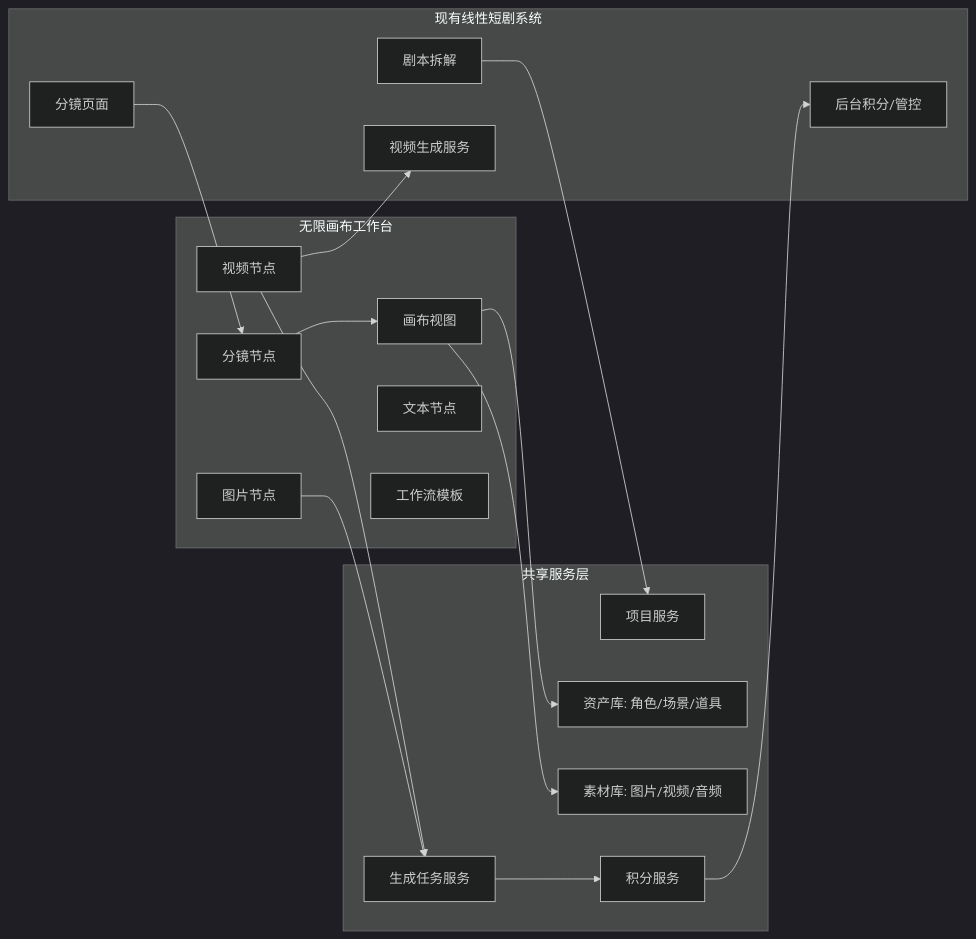
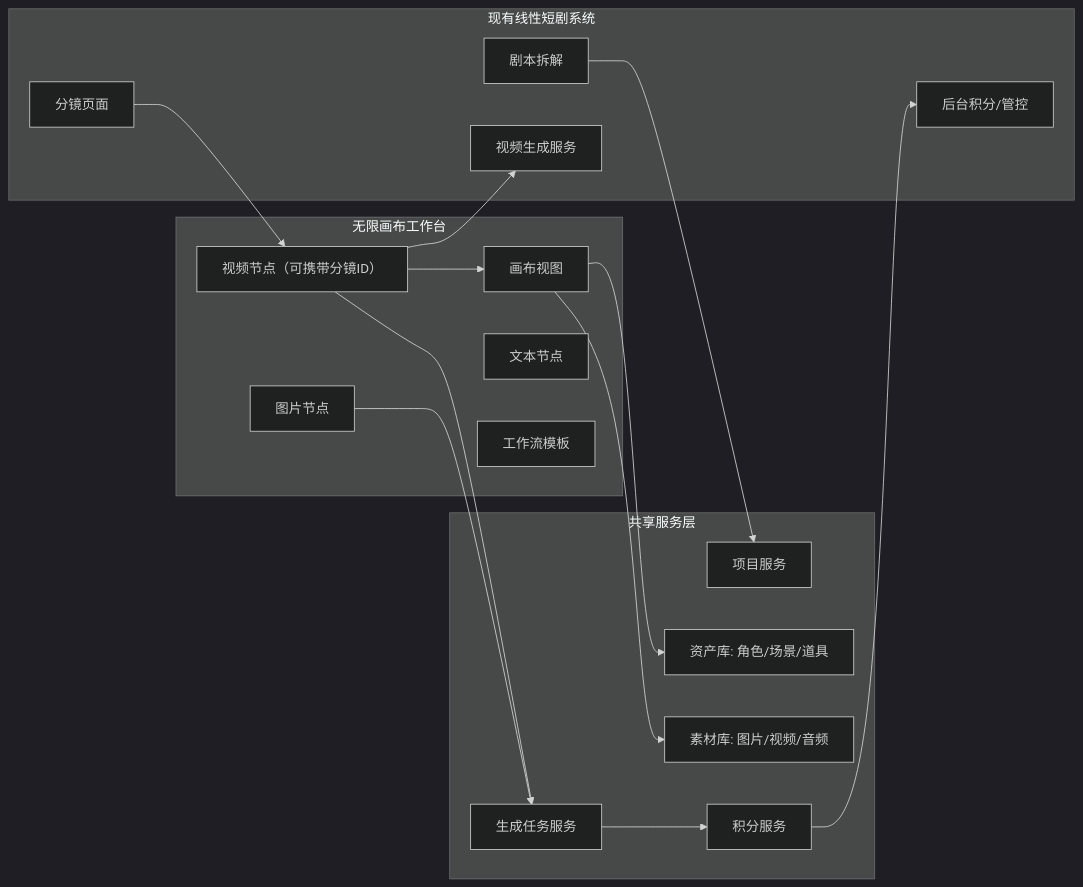
Before and after one commit to ducnhungvo4-cpu/KC-: the third of 3 diagrams in docs/KC无限画布创作工作台-PRD-v0.1.md, drawn with Mermaid (dark theme). The commit also changed other lines of this file, not shown here.

Commit message:
Align PRD shot context with video nodes

````diff
--- a/docs/KC无限画布创作工作台-PRD-v0.1.md
+++ b/docs/KC无限画布创作工作台-PRD-v0.1.md
@@ -107,37 +107,36 @@
 ```mermaid
 flowchart LR
   subgraph Existing["现有线性短剧系统"]
     Script["剧本拆解"]
     ShotPage["分镜页面"]
     VideoService["视频生成服务"]
     Admin["后台积分/管控"]
   end
 
   subgraph Shared["共享服务层"]
     Project["项目服务"]
     Asset["资产库: 角色/场景/道具"]
     Material["素材库: 图片/视频/音频"]
     Credit["积分服务"]
     Task["生成任务服务"]
   end
 
   subgraph Canvas["无限画布工作台"]
     CanvasView["画布视图"]
-    ShotNode["分镜节点"]
     ImageNode["图片节点"]
-    VideoNode["视频节点"]
+    VideoNode["视频节点（可携带分镜ID）"]
     TextNode["文本节点"]
     Workflow["工作流模板"]
   end
 
   Script --> Project
-  ShotPage --> ShotNode
-  ShotNode --> CanvasView
+  ShotPage --> VideoNode
+  VideoNode --> CanvasView
   CanvasView --> Asset
   CanvasView --> Material
   VideoNode --> VideoService
   ImageNode --> Task
   VideoNode --> Task
   Task --> Credit
   Credit --> Admin
 ```
````
